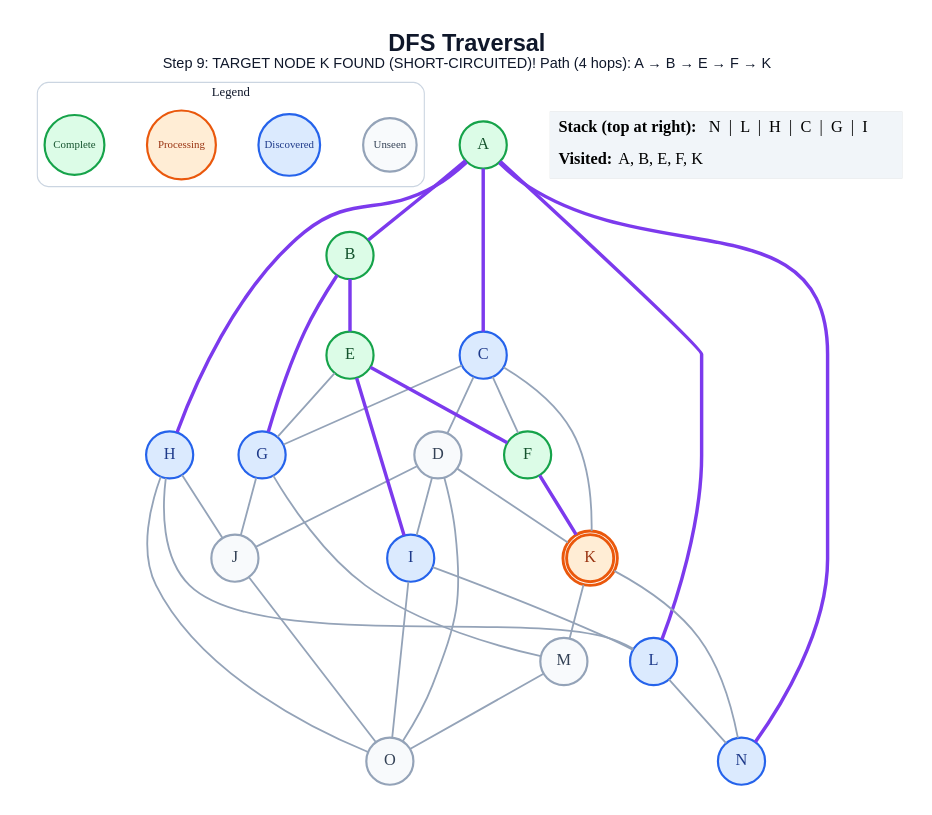
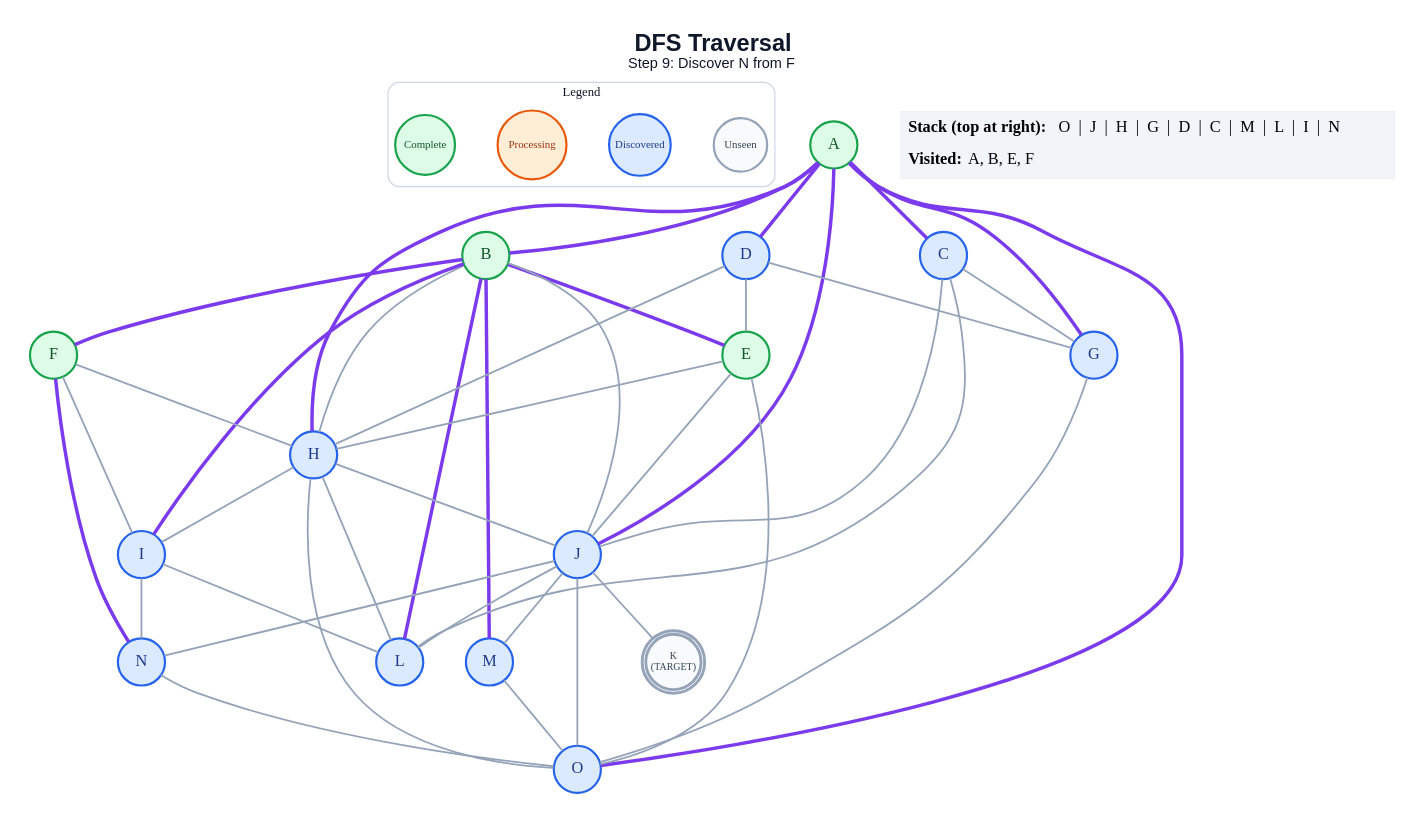
One commit to anon7238593-create/ai-slop changed the diagram in generated/short-circuit/dfs/step_09.dot. Above: the diagram before and after it, drawn with Graphviz. The commit also changed 336 other files, not shown here.

```diff
--- a/generated/short-circuit/dfs/step_09.dot
+++ b/generated/short-circuit/dfs/step_09.dot
@@ -1,65 +1,74 @@
 graph traversal {
   graph [layout=dot, rankdir=TB, bgcolor="#FFFFFF", pad="0.35", nodesep="0.65", ranksep="0.8", fontname="Arial"];
   node [shape=circle, style="filled", fontname="Arial Bold", fontsize=18, width=0.72, fixedsize=true, penwidth=2.4];
   edge [color="#94A3B8", penwidth=2.0];
-  label=<<B>DFS Traversal</B><BR/><FONT POINT-SIZE="16">Step 9: TARGET NODE K FOUND (SHORT-CIRCUITED)! Path (4 hops): A → B → E → F → K</FONT>>; labelloc="t"; fontsize=26; fontname="Arial"; fontcolor="#0F172A";
+  label=<<B>DFS Traversal</B><BR/><FONT POINT-SIZE="16">Step 9: Discover N from F</FONT>>; labelloc="t"; fontsize=26; fontname="Arial"; fontcolor="#0F172A";
   subgraph cluster_legend { label="Legend"; color="#CBD5E1"; penwidth=1.2; style="rounded"; fontsize=14; fontname="Arial Bold";
     key_unseen [label="Unseen", fillcolor="#F8FAFC", color="#94A3B8", fontcolor="#334155", fontsize=12, width=0.82];
     key_frontier [label="Discovered", fillcolor="#DBEAFE", color="#2563EB", fontcolor="#1E3A8A", fontsize=12, width=0.95];
     key_current [label="Processing", fillcolor="#FFEDD5", color="#EA580C", fontcolor="#9A3412", fontsize=12, width=1.05];
     key_done [label="Complete", fillcolor="#DCFCE7", color="#16A34A", fontcolor="#14532D", fontsize=12, width=0.92];
     { rank=same; key_unseen; key_frontier; key_current; key_done; }
   }
   A [label="A", fillcolor="#DCFCE7", color="#16A34A", fontcolor="#14532D", peripheries=1, penwidth=2.4];
   B [label="B", fillcolor="#DCFCE7", color="#16A34A", fontcolor="#14532D", peripheries=1, penwidth=2.4];
   C [label="C", fillcolor="#DBEAFE", color="#2563EB", fontcolor="#1E3A8A", peripheries=1, penwidth=2.4];
-  D [label="D", fillcolor="#F8FAFC", color="#94A3B8", fontcolor="#334155", peripheries=1, penwidth=2.4];
+  D [label="D", fillcolor="#DBEAFE", color="#2563EB", fontcolor="#1E3A8A", peripheries=1, penwidth=2.4];
   E [label="E", fillcolor="#DCFCE7", color="#16A34A", fontcolor="#14532D", peripheries=1, penwidth=2.4];
   F [label="F", fillcolor="#DCFCE7", color="#16A34A", fontcolor="#14532D", peripheries=1, penwidth=2.4];
   G [label="G", fillcolor="#DBEAFE", color="#2563EB", fontcolor="#1E3A8A", peripheries=1, penwidth=2.4];
   H [label="H", fillcolor="#DBEAFE", color="#2563EB", fontcolor="#1E3A8A", peripheries=1, penwidth=2.4];
   I [label="I", fillcolor="#DBEAFE", color="#2563EB", fontcolor="#1E3A8A", peripheries=1, penwidth=2.4];
-  J [label="J", fillcolor="#F8FAFC", color="#94A3B8", fontcolor="#334155", peripheries=1, penwidth=2.4];
-  K [label="K", fillcolor="#FFEDD5", color="#EA580C", fontcolor="#9A3412", peripheries=2, penwidth=3.2];
+  J [label="J", fillcolor="#DBEAFE", color="#2563EB", fontcolor="#1E3A8A", peripheries=1, penwidth=2.4];
+  K [label="K\n(TARGET)", fillcolor="#F8FAFC", color="#94A3B8", fontcolor="#334155", peripheries=2, penwidth=3.2, fontsize=11, width=0.85, height=0.85];
   L [label="L", fillcolor="#DBEAFE", color="#2563EB", fontcolor="#1E3A8A", peripheries=1, penwidth=2.4];
-  M [label="M", fillcolor="#F8FAFC", color="#94A3B8", fontcolor="#334155", peripheries=1, penwidth=2.4];
+  M [label="M", fillcolor="#DBEAFE", color="#2563EB", fontcolor="#1E3A8A", peripheries=1, penwidth=2.4];
   N [label="N", fillcolor="#DBEAFE", color="#2563EB", fontcolor="#1E3A8A", peripheries=1, penwidth=2.4];
-  O [label="O", fillcolor="#F8FAFC", color="#94A3B8", fontcolor="#334155", peripheries=1, penwidth=2.4];
+  O [label="O", fillcolor="#DBEAFE", color="#2563EB", fontcolor="#1E3A8A", peripheries=1, penwidth=2.4];
   A -- B [color="#7C3AED", penwidth=3.8];
   A -- C [color="#7C3AED", penwidth=3.8];
+  A -- D [color="#7C3AED", penwidth=3.8];
+  A -- G [color="#7C3AED", penwidth=3.8];
   A -- H [color="#7C3AED", penwidth=3.8];
-  A -- L [color="#7C3AED", penwidth=3.8];
-  A -- N [color="#7C3AED", penwidth=3.8];
+  A -- J [color="#7C3AED", penwidth=3.8];
+  A -- O [color="#7C3AED", penwidth=3.8];
   B -- E [color="#7C3AED", penwidth=3.8];
-  B -- G [color="#7C3AED", penwidth=3.8];
-  C -- D;
-  C -- F;
+  B -- F [color="#7C3AED", penwidth=3.8];
+  B -- H;
+  B -- I [color="#7C3AED", penwidth=3.8];
+  B -- J;
+  B -- L [color="#7C3AED", penwidth=3.8];
+  B -- M [color="#7C3AED", penwidth=3.8];
   C -- G;
-  C -- K;
-  D -- I;
-  D -- J;
-  D -- K;
-  D -- O;
-  E -- F [color="#7C3AED", penwidth=3.8];
-  E -- G;
-  E -- I [color="#7C3AED", penwidth=3.8];
-  F -- K [color="#7C3AED", penwidth=3.8];
-  G -- J;
-  G -- M;
+  C -- J;
+  C -- L;
+  D -- E;
+  D -- G;
+  D -- H;
+  E -- H;
+  E -- J;
+  E -- O;
+  F -- H;
+  F -- I;
+  F -- N [color="#7C3AED", penwidth=3.8];
+  G -- O;
+  H -- I;
   H -- J;
   H -- L;
   H -- O;
   I -- L;
-  I -- O;
+  I -- N;
+  J -- K;
+  J -- L;
+  J -- M;
+  J -- N;
   J -- O;
-  K -- M;
-  K -- N;
-  L -- N;
   M -- O;
+  N -- O;
   status [shape=plain, fixedsize=false, width=0, height=0, margin=0, label=<
     <TABLE BORDER="0" CELLBORDER="0" CELLPADDING="7" BGCOLOR="#F1F5F9">
-      <TR><TD ALIGN="LEFT"><B>Stack (top at right):</B> N  |  L  |  H  |  C  |  G  |  I</TD></TR>
-      <TR><TD ALIGN="LEFT"><B>Visited:</B> A, B, E, F, K</TD></TR>
+      <TR><TD ALIGN="LEFT"><B>Stack (top at right):</B> O  |  J  |  H  |  G  |  D  |  C  |  M  |  L  |  I  |  N</TD></TR>
+      <TR><TD ALIGN="LEFT"><B>Visited:</B> A, B, E, F</TD></TR>
     </TABLE>
   >];
 }
```
